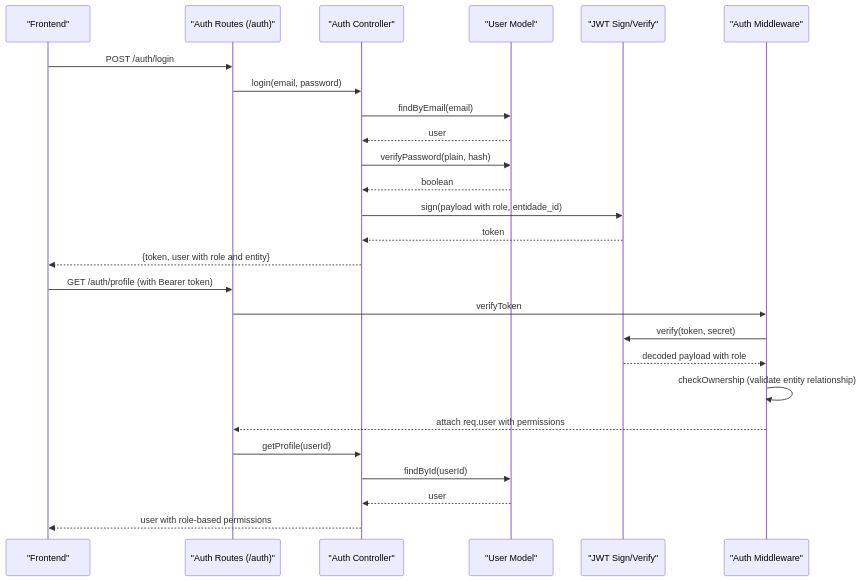
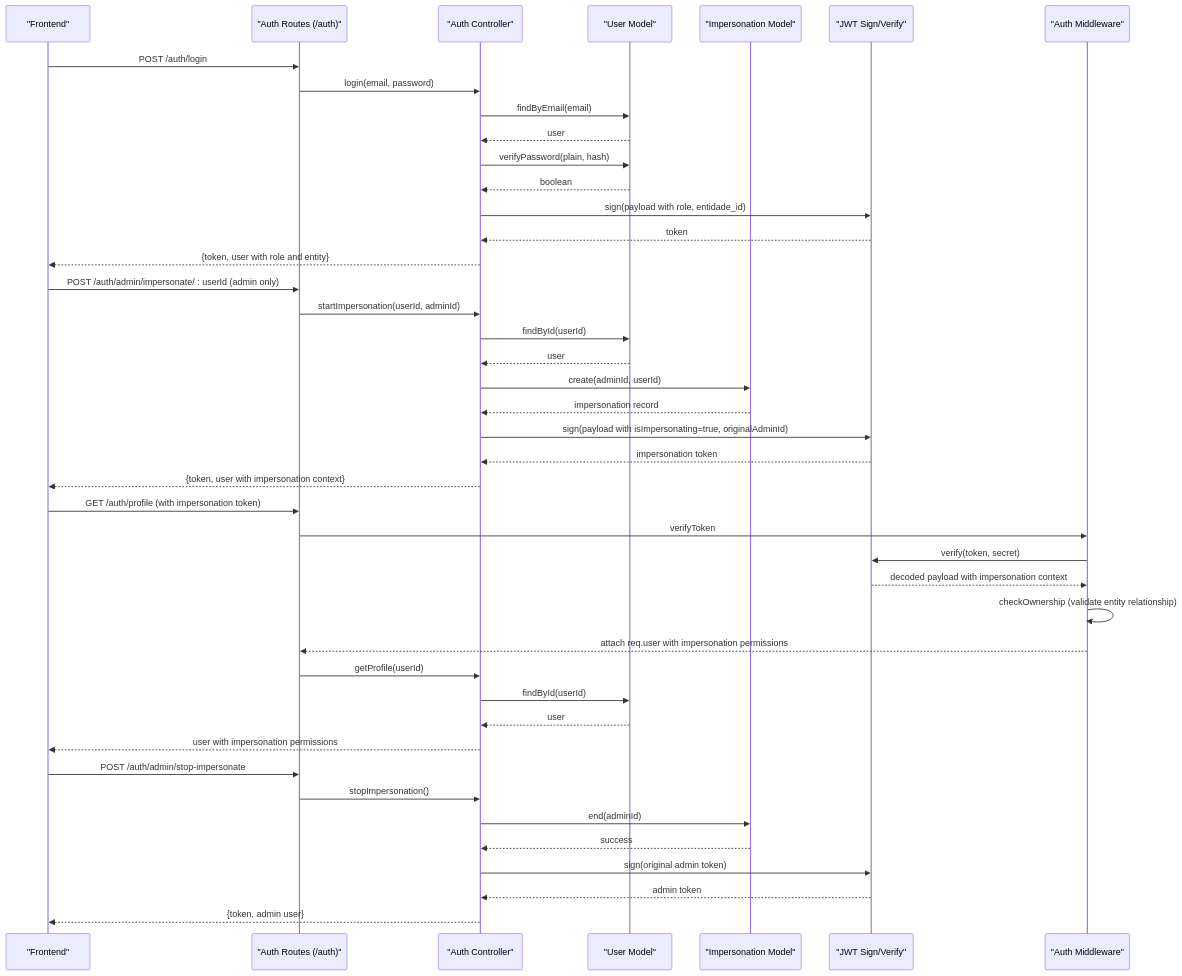
One commit to luiseduacosta/nodemural changed the second of 12 diagrams in .qoder/repowiki/en/content/Authentication & Authorization System/Authentication & Authorization System.md. Above: the diagram before and after it, drawn with Mermaid. The commit also changed other lines of this file and 30 other files, not shown here.

Commit message:
Update tables schema.

````diff
--- a/.qoder/repowiki/en/content/Authentication & Authorization System/Authentication & Authorization System.md
+++ b/.qoder/repowiki/en/content/Authentication & Authorization System/Authentication & Authorization System.md
@@ -127,28 +159,45 @@
 ```mermaid
 sequenceDiagram
 participant FE as "Frontend"
 participant AuthRoute as "Auth Routes (/auth)"
 participant AuthCtrl as "Auth Controller"
 participant UserModel as "User Model"
+participant ImpModel as "Impersonation Model"
 participant JWT as "JWT Sign/Verify"
 participant MW as "Auth Middleware"
 FE->>AuthRoute : POST /auth/login
 AuthRoute->>AuthCtrl : login(email, password)
 AuthCtrl->>UserModel : findByEmail(email)
 UserModel-->>AuthCtrl : user
 AuthCtrl->>UserModel : verifyPassword(plain, hash)
 UserModel-->>AuthCtrl : boolean
 AuthCtrl->>JWT : sign(payload with role, entidade_id)
 JWT-->>AuthCtrl : token
 AuthCtrl-->>FE : {token, user with role and entity}
-FE->>AuthRoute : GET /auth/profile (with Bearer token)
+FE->>AuthRoute : POST /auth/admin/impersonate/ : userId (admin only)
+AuthRoute->>AuthCtrl : startImpersonation(userId, adminId)
+AuthCtrl->>UserModel : findById(userId)
+UserModel-->>AuthCtrl : user
+AuthCtrl->>ImpModel : create(adminId, userId)
+ImpModel-->>AuthCtrl : impersonation record
+AuthCtrl->>JWT : sign(payload with isImpersonating=true, originalAdminId)
+JWT-->>AuthCtrl : impersonation token
+AuthCtrl-->>FE : {token, user with impersonation context}
+FE->>AuthRoute : GET /auth/profile (with impersonation token)
 AuthRoute->>MW : verifyToken
 MW->>JWT : verify(token, secret)
-JWT-->>MW : decoded payload with role
+JWT-->>MW : decoded payload with impersonation context
 MW->>MW : checkOwnership (validate entity relationship)
-MW-->>AuthRoute : attach req.user with permissions
+MW-->>AuthRoute : attach req.user with impersonation permissions
 AuthRoute->>AuthCtrl : getProfile(userId)
 AuthCtrl->>UserModel : findById(userId)
 UserModel-->>AuthCtrl : user
-AuthCtrl-->>FE : user with role-based permissions
+AuthCtrl-->>FE : user with impersonation permissions
+FE->>AuthRoute : POST /auth/admin/stop-impersonate
+AuthRoute->>AuthCtrl : stopImpersonation()
+AuthCtrl->>ImpModel : end(adminId)
+ImpModel-->>AuthCtrl : success
+AuthCtrl->>JWT : sign(original admin token)
+JWT-->>AuthCtrl : admin token
+AuthCtrl-->>FE : {token, admin user}
 ```
````
